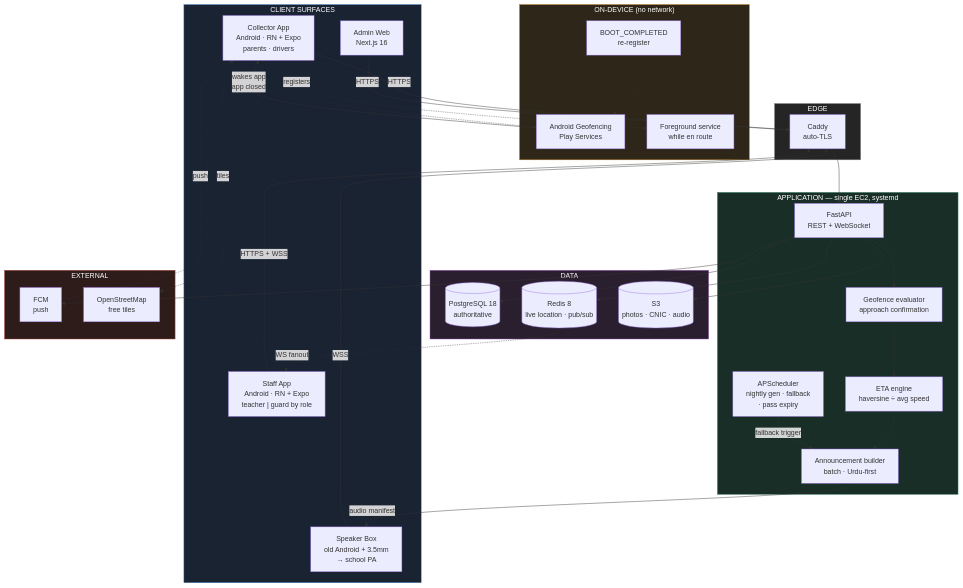
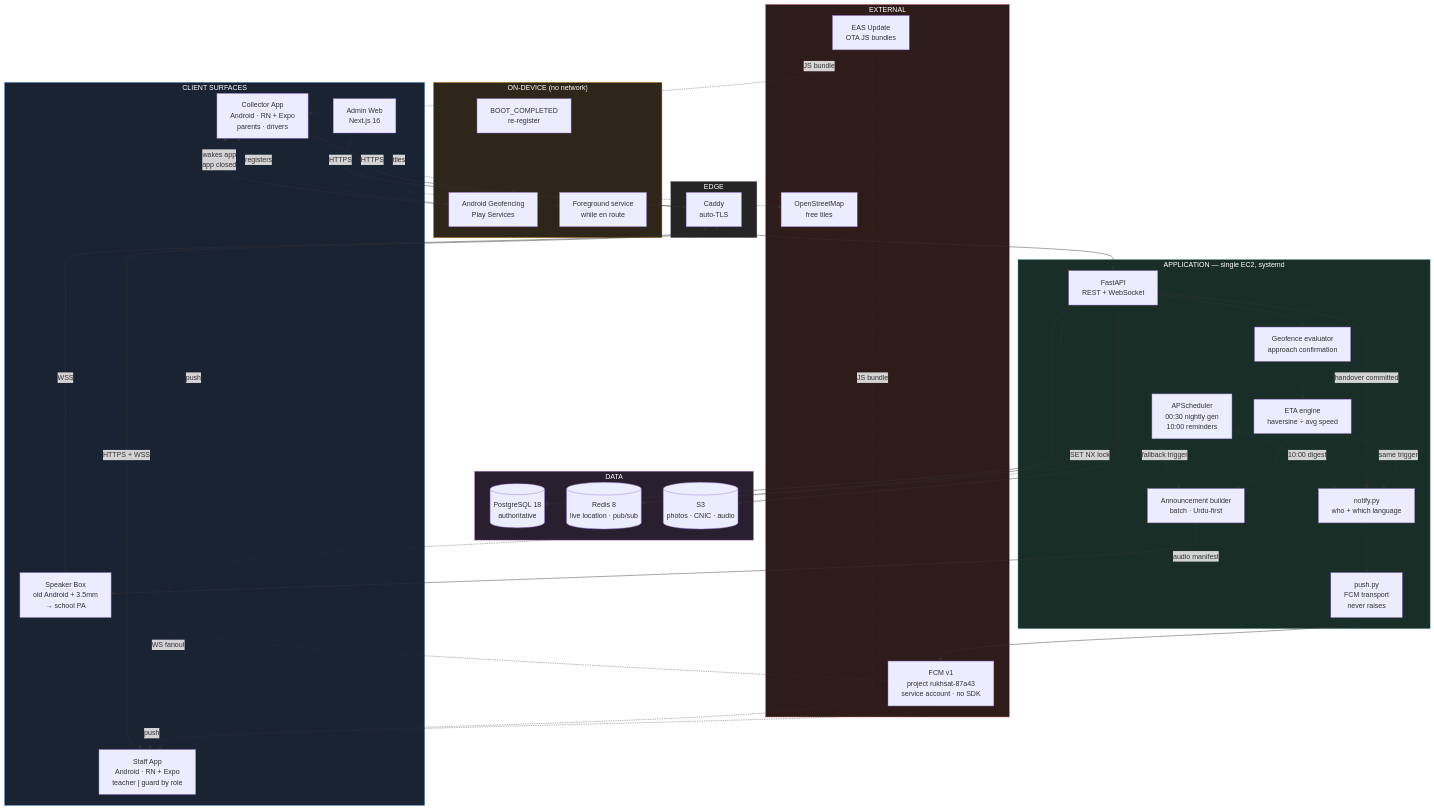
Before and after one commit to Tehman700/Pasha_ICT_Project: the seventh of 12 diagrams in docs/DIAGRAMS.md, drawn with Mermaid. The commit also changed other lines of this file, not shown here.

First line of the commit message:
Diagrams: notifications, shipped outsider pass, status vs 37c8487

````diff
--- a/docs/DIAGRAMS.md
+++ b/docs/DIAGRAMS.md
@@ -444,68 +486,79 @@
 ```mermaid
 graph TB
     subgraph CLIENTS[" CLIENT SURFACES "]
         CA["Collector App<br/>Android · RN + Expo<br/>parents · drivers"]
         SA["Staff App<br/>Android · RN + Expo<br/>teacher | guard by role"]
         AW["Admin Web<br/>Next.js 16"]
         SPK["Speaker Box<br/>old Android + 3.5mm<br/>→ school PA"]
     end
 
     subgraph DEVICE[" ON-DEVICE (no network) "]
         GF["Android Geofencing<br/>Play Services"]
         FS["Foreground service<br/>while en route"]
         BOOT["BOOT_COMPLETED<br/>re-register"]
     end
 
     subgraph EDGE[" EDGE "]
         CADDY["Caddy<br/>auto-TLS"]
     end
 
     subgraph APP[" APPLICATION — single EC2, systemd "]
         API["FastAPI<br/>REST + WebSocket"]
-        SCHED["APScheduler<br/>nightly gen · fallback<br/>· pass expiry"]
+        SCHED["APScheduler<br/>00:30 nightly gen<br/>10:00 reminders"]
         GEO["Geofence evaluator<br/>approach confirmation"]
         ETA["ETA engine<br/>haversine ÷ avg speed"]
         ANN["Announcement builder<br/>batch · Urdu-first"]
+        NOT["notify.py<br/>who + which language"]
+        PSH["push.py<br/>FCM transport<br/>never raises"]
     end
 
     subgraph DATA[" DATA "]
         PG[("PostgreSQL 18<br/>authoritative")]
         RD[("Redis 8<br/>live location · pub/sub")]
         S3[("S3<br/>photos · CNIC · audio")]
     end
 
     subgraph EXT[" EXTERNAL "]
-        FCM["FCM<br/>push"]
+        FCM["FCM v1<br/>project rukhsat-87a43<br/>service account · no SDK"]
         OSM["OpenStreetMap<br/>free tiles"]
+        EAS["EAS Update<br/>OTA JS bundles"]
     end
 
     CA -.->|registers| GF
     GF -->|wakes app<br/>app closed| CA
     BOOT -.-> GF
     CA -.-> FS
 
     CA -->|HTTPS| CADDY
     SA -->|HTTPS + WSS| CADDY
     AW -->|HTTPS| CADDY
     SPK -->|WSS| CADDY
 
     CADDY --> API
     API --> GEO --> ETA
     ETA --> ANN
     ANN -->|audio manifest| SPK
+    ETA -->|same trigger| NOT
+    API -->|handover committed| NOT
+    SCHED -->|10:00 digest| NOT
     SCHED -->|fallback trigger| ANN
+    NOT --> PSH
+    PSH --> FCM
+    SCHED -.->|SET NX lock| RD
     API --> PG
     API --> RD
     RD -.->|WS fanout| SA
     API --> S3
-    API --> FCM
     FCM -.->|push| CA
+    FCM -.->|push| SA
     CA -.->|tiles| OSM
+    EAS -.->|JS bundle| CA
+    EAS -.->|JS bundle| SA
 
     style CLIENTS fill:#1a2332,stroke:#4a90d9,color:#fff
     style DEVICE fill:#2e2618,stroke:#c4801c,color:#fff
     style EDGE fill:#252525,stroke:#888,color:#fff
     style APP fill:#1a2e28,stroke:#2f7d62,color:#fff
     style DATA fill:#2a1f2e,stroke:#9b59b6,color:#fff
     style EXT fill:#2e1c1a,stroke:#b4483c,color:#fff
 ```
````
